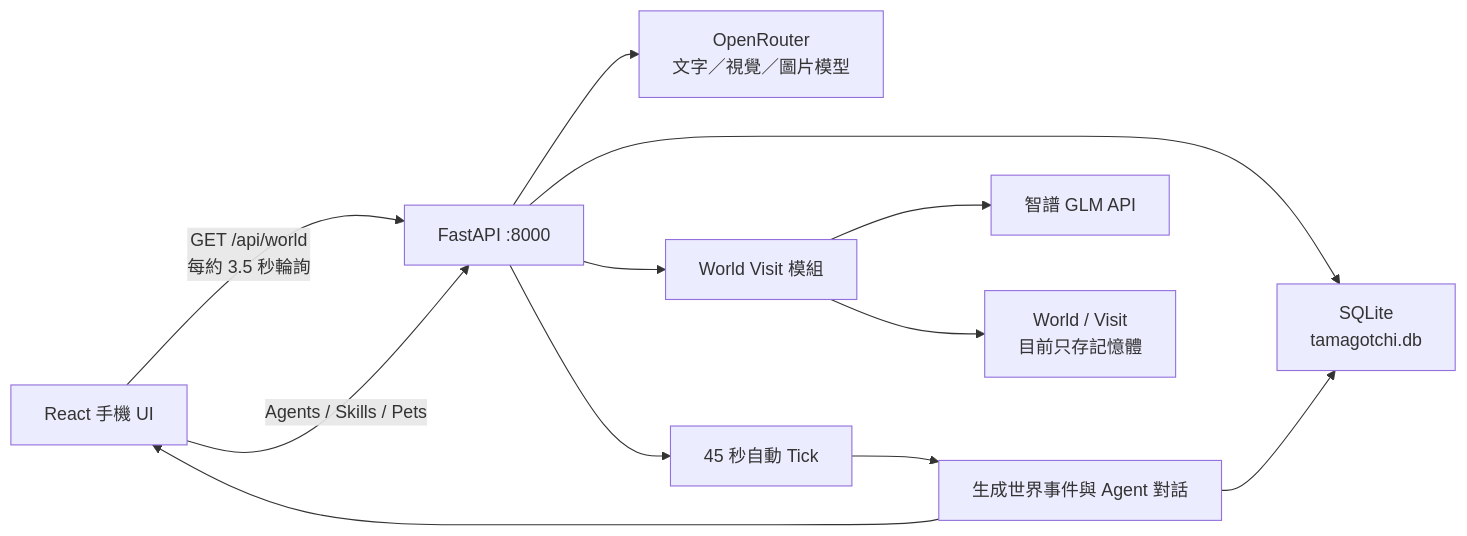
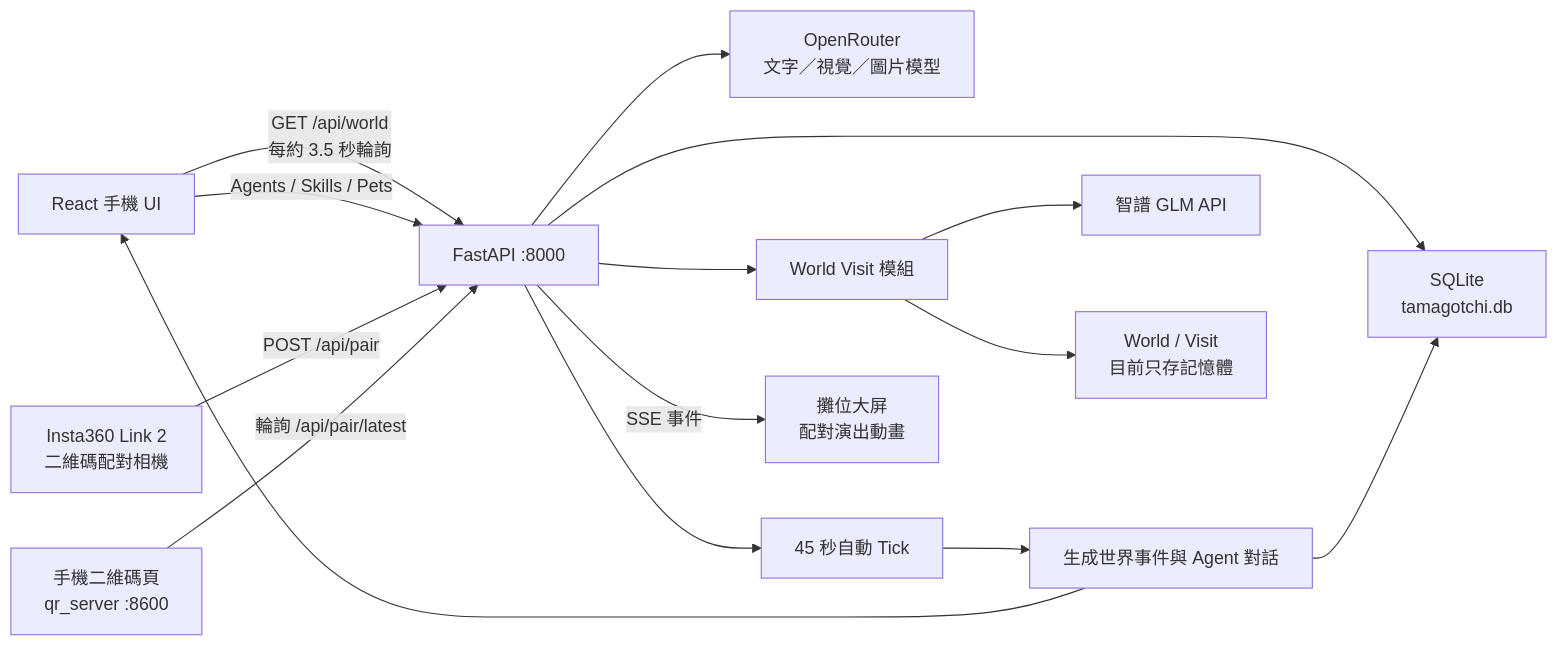
The diagram in docs/repo-backend-technical-analysis.md (TheSwiftKnight/MyTamagotchi), drawn with Mermaid before and after one commit. The commit also changed other lines of this file, not shown here.

````diff
--- a/docs/repo-backend-technical-analysis.md
+++ b/docs/repo-backend-technical-analysis.md
@@ -21,17 +27,21 @@
 ```mermaid
 flowchart LR
     UI["React 手機 UI"] -->|"GET /api/world<br/>每約 3.5 秒輪詢"| API["FastAPI :8000"]
     UI -->|"Agents / Skills / Pets"| API
 
     API --> DB["SQLite<br/>tamagotchi.db"]
     API --> OR["OpenRouter<br/>文字／視覺／圖片模型"]
 
     API --> Tick["45 秒自動 Tick"]
     Tick --> Event["生成世界事件與 Agent 對話"]
     Event --> DB
     Event --> UI
 
     API --> WE["World Visit 模組"]
     WE --> GLM["智譜 GLM API"]
     WE --> RAM["World / Visit<br/>目前只存記憶體"]
+
+    CAM["Insta360 Link 2<br/>二維碼配對相機"] -->|"POST /api/pair"| API
+    API -->|"SSE 事件"| BIG["攤位大屏<br/>配對演出動畫"]
+    QRS["手機二維碼頁<br/>qr_server :8600"] -->|"輪詢 /api/pair/latest"| API
 ```
````
